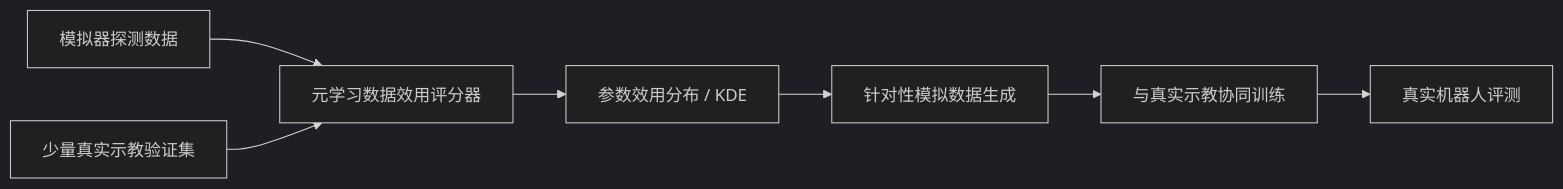
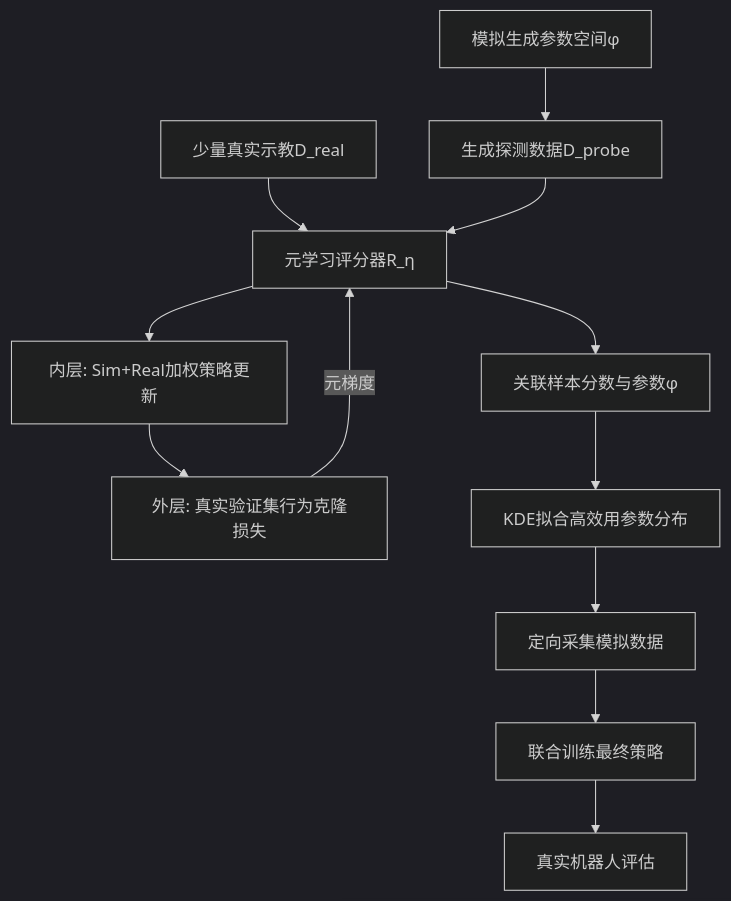
Diagram 12 of 13 in docs/Sim2Real_前沿技术路线综述_2025-2026.md (AforestSong/Sim2Real-Frontier-Survey), drawn with Mermaid (dark theme) before and after one commit. The commit also changed other lines of this file and 7 other files, not shown here.

````diff
--- a/docs/Sim2Real_前沿技术路线综述_2025-2026.md
+++ b/docs/Sim2Real_前沿技术路线综述_2025-2026.md
@@ -432,9 +701,14 @@
 ```mermaid
-flowchart LR
- A[模拟器探测数据] --> B[元学习数据效用评分器]
- C[少量真实示教验证集] --> B
- B --> D[参数效用分布 / KDE]
- D --> E[针对性模拟数据生成]
- E --> F[与真实示教协同训练]
- F --> G[真实机器人评测]
+flowchart TD
+ A[模拟生成参数空间φ] --> B[生成探测数据D_probe]
+ C[少量真实示教D_real] --> D[元学习评分器R_η]
+ B --> D
+ D --> E[内层: Sim+Real加权策略更新]
+ E --> F[外层: 真实验证集行为克隆损失]
+ F -- 元梯度 --> D
+ D --> G[关联样本分数与参数φ]
+ G --> H[KDE拟合高效用参数分布]
+ H --> I[定向采集模拟数据]
+ I --> J[联合训练最终策略]
+ J --> K[真实机器人评估]
 ```
````
